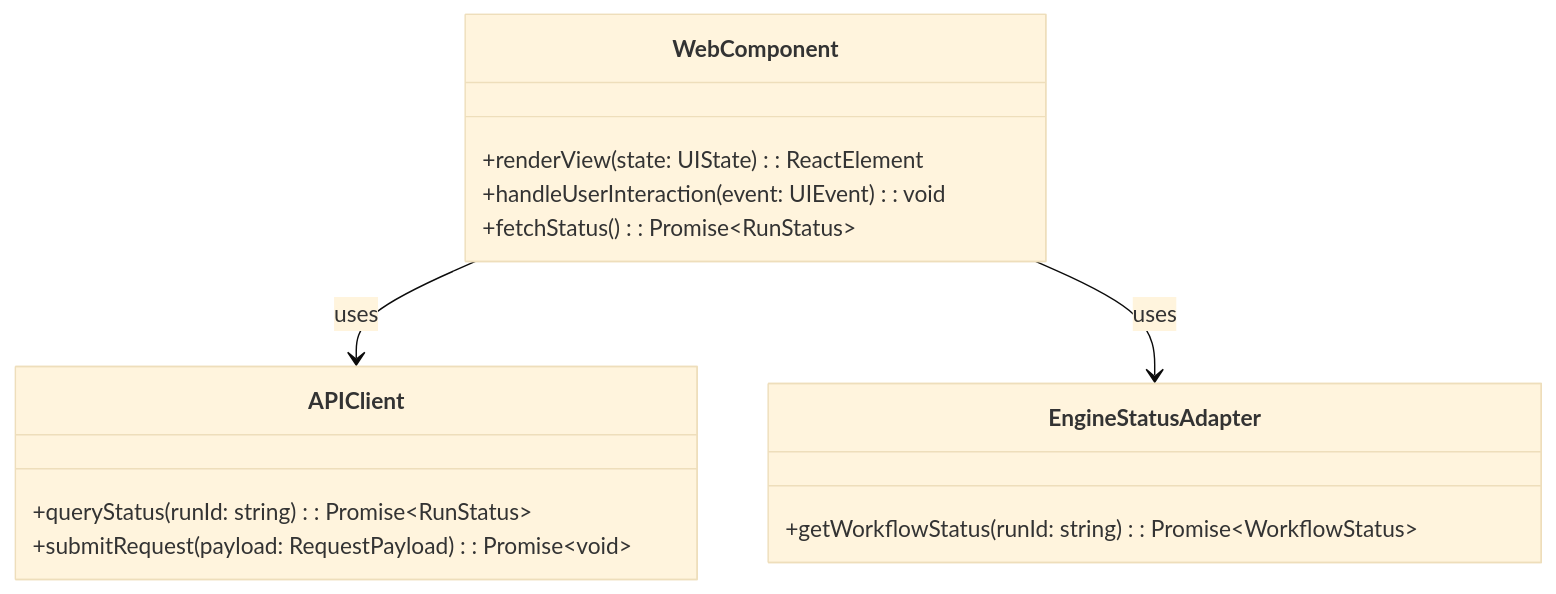
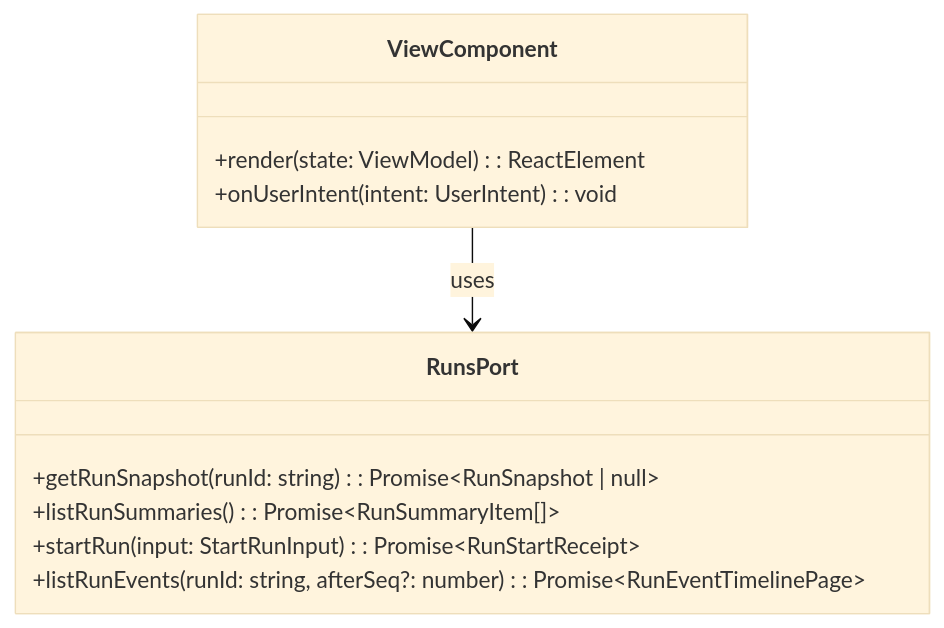
One commit to dunay2/dvt changed the diagram in docs/architecture/components/web/web-ddd.md. Above: the diagram before and after it, drawn with Mermaid (base theme). The commit also changed other lines of this file and 12 other files, not shown here.

Commit message:
docs(docs): Align web architecture docs with runtime

````diff
--- a/docs/architecture/components/web/web-ddd.md
+++ b/docs/architecture/components/web/web-ddd.md
@@ -12,17 +17,14 @@
 ```mermaid
 classDiagram
-  class WebComponent {
-    +renderView(state: UIState): ReactElement
-    +handleUserInteraction(event: UIEvent): void
-    +fetchStatus(): Promise~RunStatus~
+  class ViewComponent {
+    +render(state: ViewModel): ReactElement
+    +onUserIntent(intent: UserIntent): void
   }
-  class APIClient {
-    +queryStatus(runId: string): Promise~RunStatus~
-    +submitRequest(payload: RequestPayload): Promise~void~
+  class RunsPort {
+    +getRunSnapshot(runId: string): Promise~RunSnapshot | null~
+    +listRunSummaries(): Promise~RunSummaryItem[]~
+    +startRun(input: StartRunInput): Promise~RunStartReceipt~
+    +listRunEvents(runId: string, afterSeq?: number): Promise~RunEventTimelinePage~
   }
-  class EngineStatusAdapter {
-    +getWorkflowStatus(runId: string): Promise~WorkflowStatus~
-  }
-  WebComponent --> APIClient : uses
-  WebComponent --> EngineStatusAdapter : uses
+  ViewComponent --> RunsPort : uses
 ```
````
